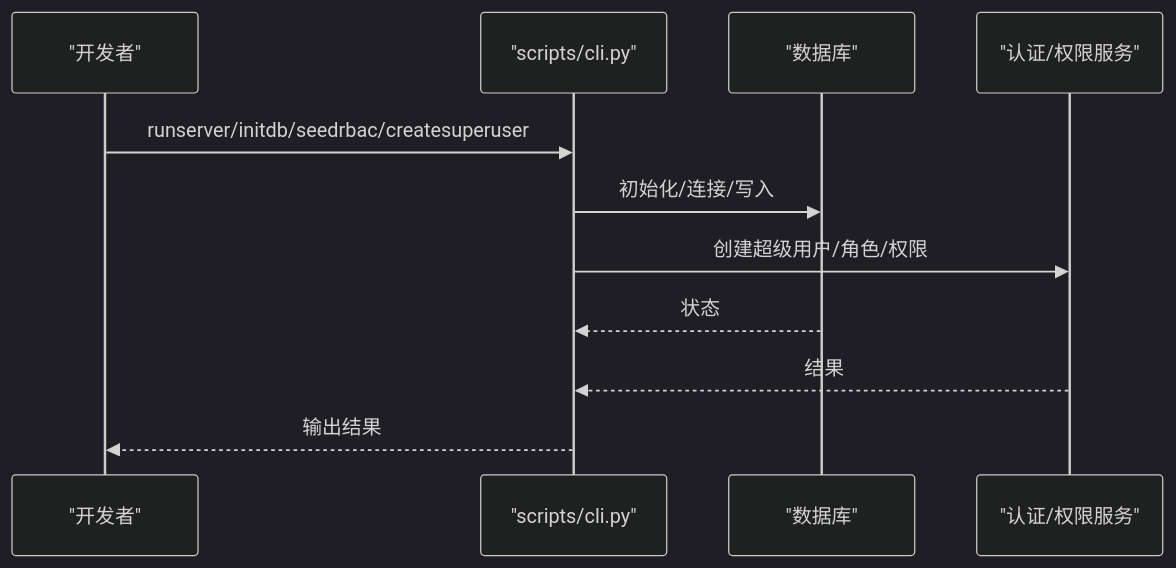
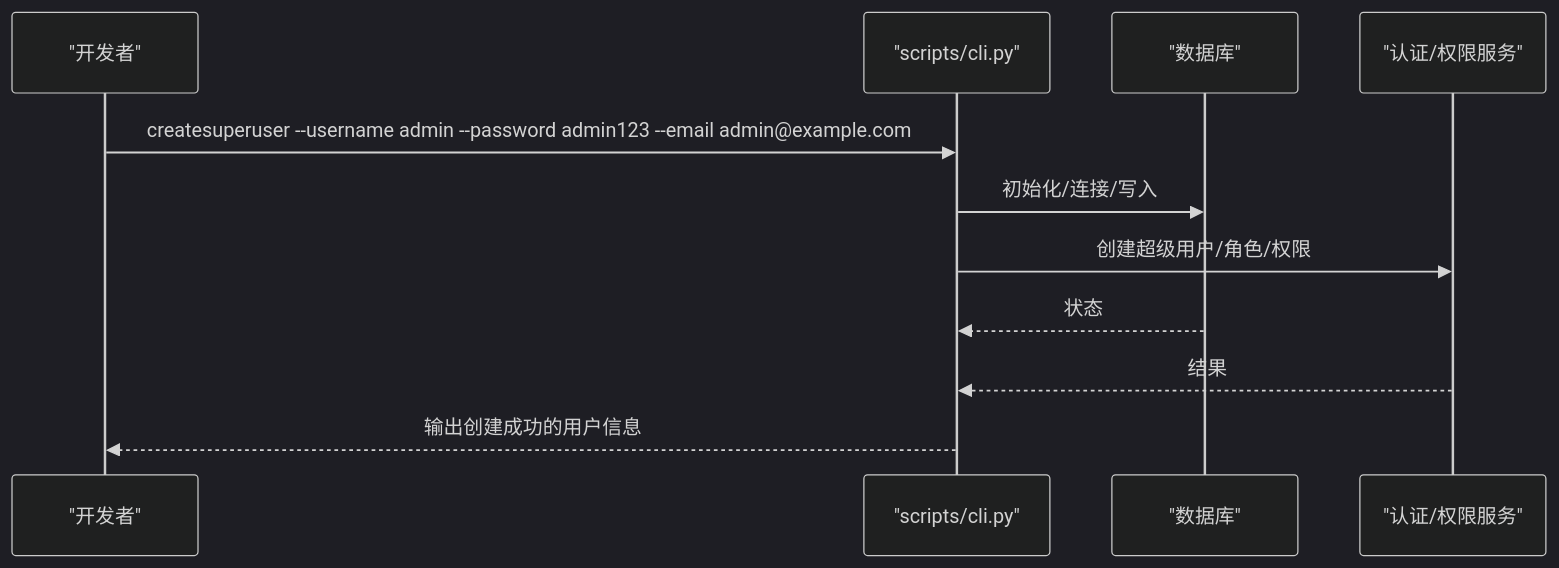
The third of 5 diagrams in .qoder/repowiki/zh/content/开发工具与脚本/开发工具与脚本.md (taoweidong/Hello-FastApi), drawn with Mermaid (dark theme) before and after one commit. The commit also changed other lines of this file and 19 other files, not shown here.

````diff
--- a/.qoder/repowiki/zh/content/开发工具与脚本/开发工具与脚本.md
+++ b/.qoder/repowiki/zh/content/开发工具与脚本/开发工具与脚本.md
@@ -189,13 +203,13 @@
 ```mermaid
 sequenceDiagram
 participant Dev as "开发者"
 participant CLI as "scripts/cli.py"
 participant DB as "数据库"
 participant Auth as "认证/权限服务"
-Dev->>CLI : runserver/initdb/seedrbac/createsuperuser
+Dev->>CLI : createsuperuser --username admin --password admin123 --email admin@example.com
 CLI->>DB : 初始化/连接/写入
 CLI->>Auth : 创建超级用户/角色/权限
 DB-->>CLI : 状态
 Auth-->>CLI : 结果
-CLI-->>Dev : 输出结果
+CLI-->>Dev : 输出创建成功的用户信息
 ```
````
